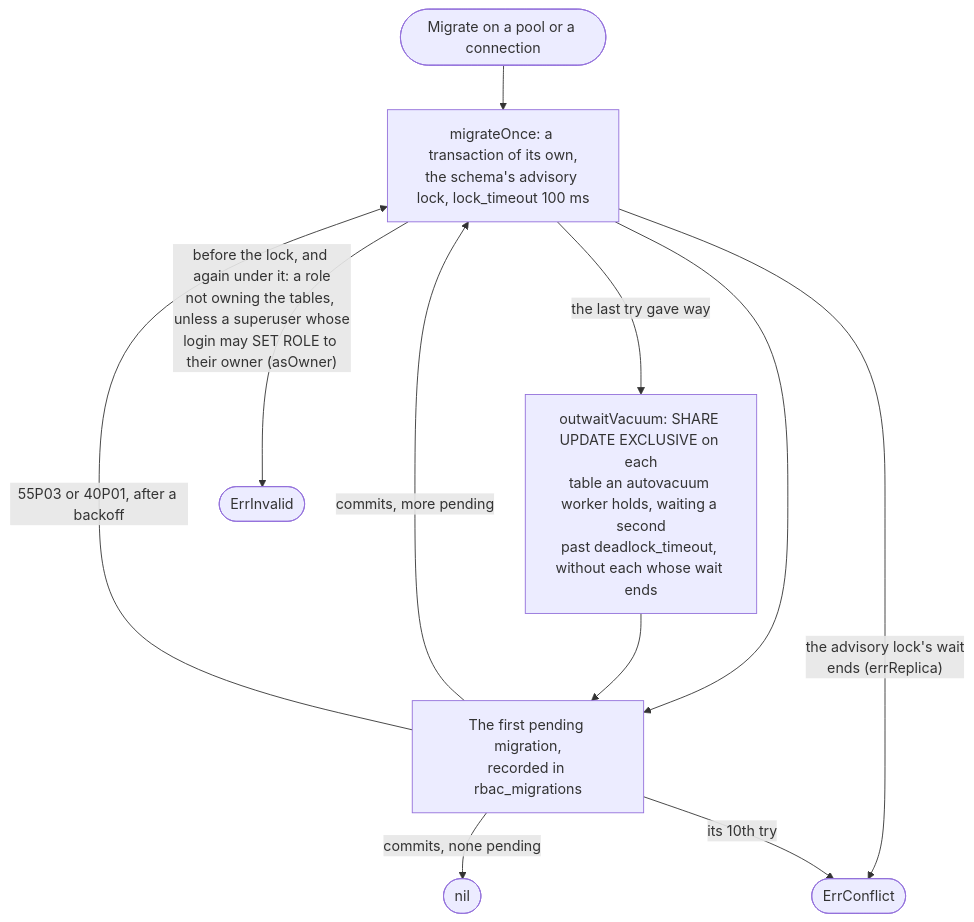
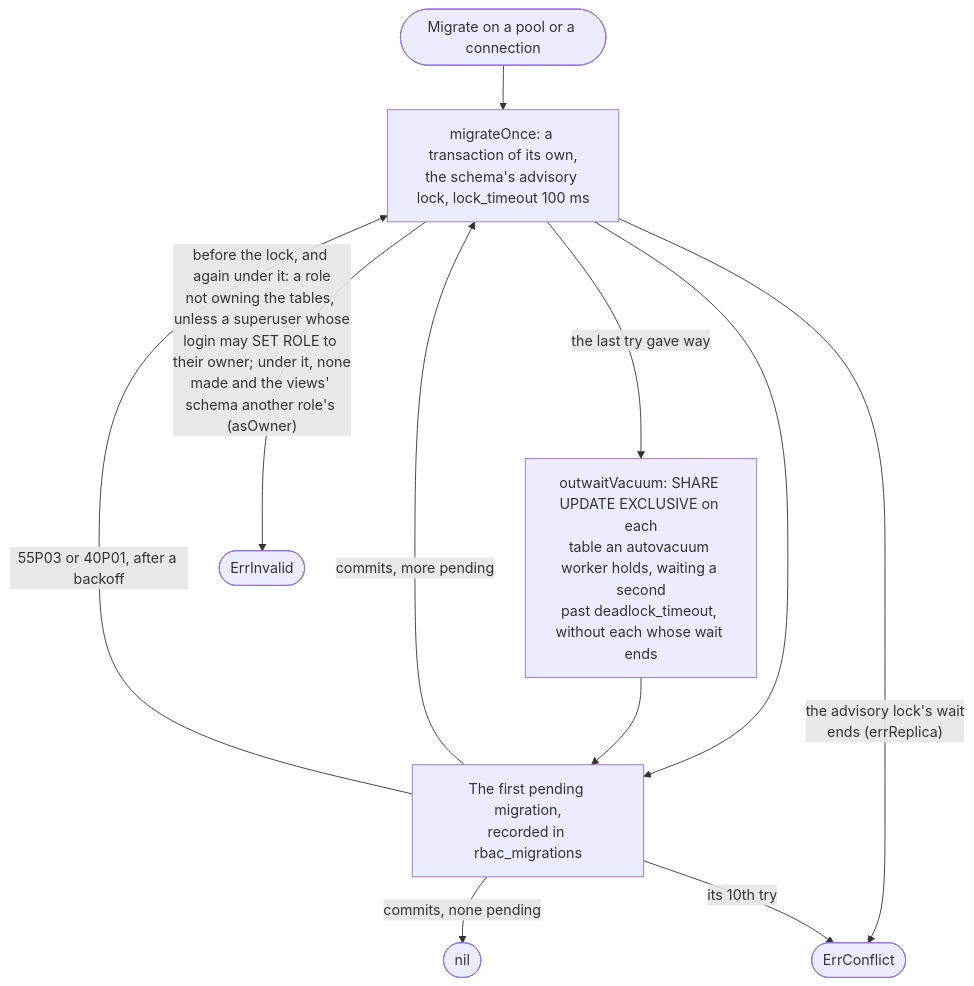
Before and after one commit to parallelworks/rbac: diagram 12 of 14 in docs/architecture.md, drawn with Mermaid. The commit also changed other lines of this file and 3 other files, not shown here.

First line of the commit message:
fix: Migrate refuses any role, not only a superuser, on an empty schema whose views' schema another role owns

````diff
--- a/docs/architecture.md
+++ b/docs/architecture.md
@@ -1453,13 +1453,13 @@
 ```mermaid
 flowchart TB
     start(["Migrate on a pool or a connection"]) --> tx["migrateOnce: a transaction of its own,<br/>the schema's advisory lock, lock_timeout 100 ms"]
     tx -->|"the last try gave way"| vac["outwaitVacuum: SHARE UPDATE EXCLUSIVE on each<br/>table an autovacuum worker holds, waiting a second<br/>past deadlock_timeout, without each whose wait ends"]
     tx --> one["The first pending migration,<br/>recorded in rbac_migrations"]
     vac --> one
     one -->|"commits, more pending"| tx
     one -->|"commits, none pending"| done(["nil"])
     tx -->|"the advisory lock's wait<br/>ends (errReplica)"| conflict(["ErrConflict"])
-    tx -->|"before the lock, and again under it: a role<br/>not owning the tables, unless a superuser whose<br/>login may SET ROLE to their owner (asOwner)"| invalid(["ErrInvalid"])
+    tx -->|"before the lock, and again under it: a role<br/>not owning the tables, unless a superuser whose<br/>login may SET ROLE to their owner; under it, none<br/>made and the views' schema another role's (asOwner)"| invalid(["ErrInvalid"])
     one -->|"55P03 or 40P01, after a backoff"| tx
     one -->|"its 10th try"| conflict
 ```
````
